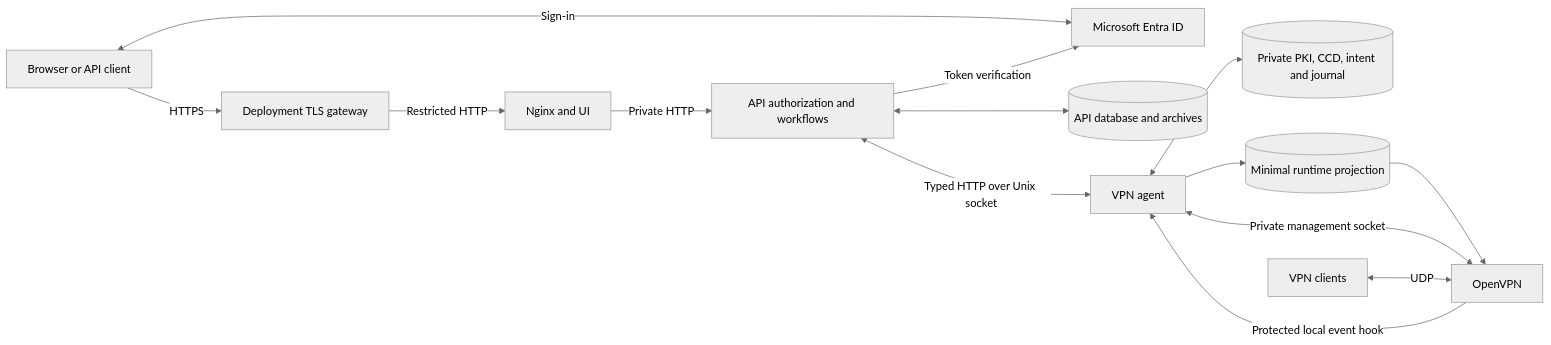
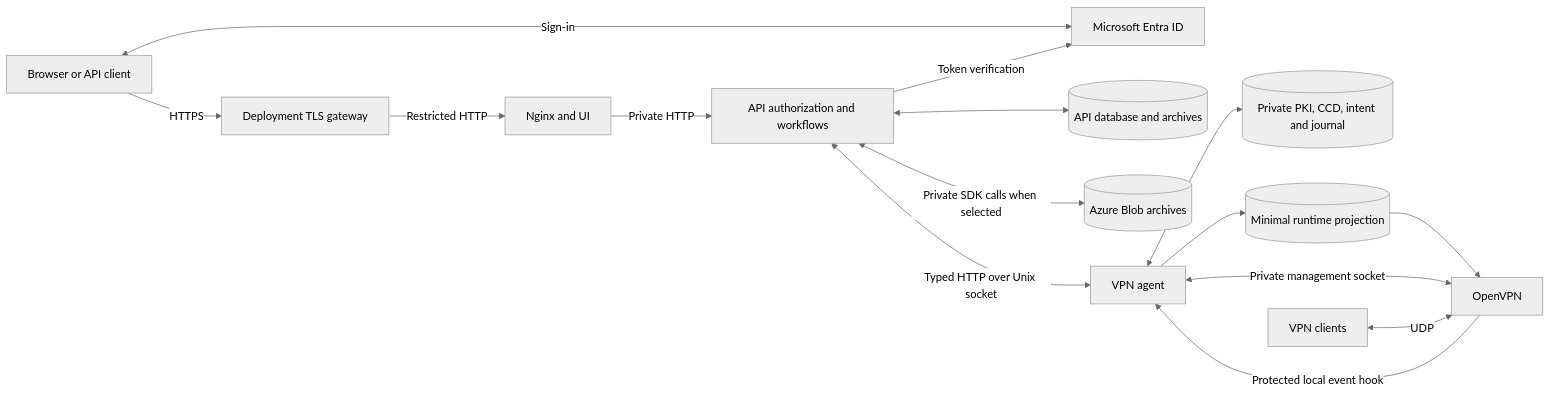
The diagram in docs/architecture.md (scia-iot/rivet), drawn with Mermaid (neutral theme) before and after one commit. The commit also changed other lines of this file and 25 other files, not shown here.

````diff
--- a/docs/architecture.md
+++ b/docs/architecture.md
@@ -17,16 +17,17 @@
 ```mermaid
 flowchart LR
   caller[Browser or API client] -->|HTTPS| edge[Deployment TLS gateway]
   edge -->|Restricted HTTP| web[Nginx and UI]
   web -->|Private HTTP| api[API authorization and workflows]
   caller <-->|Sign-in| entra[Microsoft Entra ID]
   api -->|Token verification| entra
   api <--> db[(API database and archives)]
+  api <-->|Private SDK calls when selected| blob[(Azure Blob archives)]
   api <-->|Typed HTTP over Unix socket| agent[VPN agent]
   agent <--> pki[(Private PKI, CCD, intent and journal)]
   agent --> projection[(Minimal runtime projection)]
   projection --> vpn[OpenVPN]
   agent <-->|Private management socket| vpn
   vpn -->|Protected local event hook| agent
   clients[VPN clients] <-->|UDP| vpn
 ```
````
